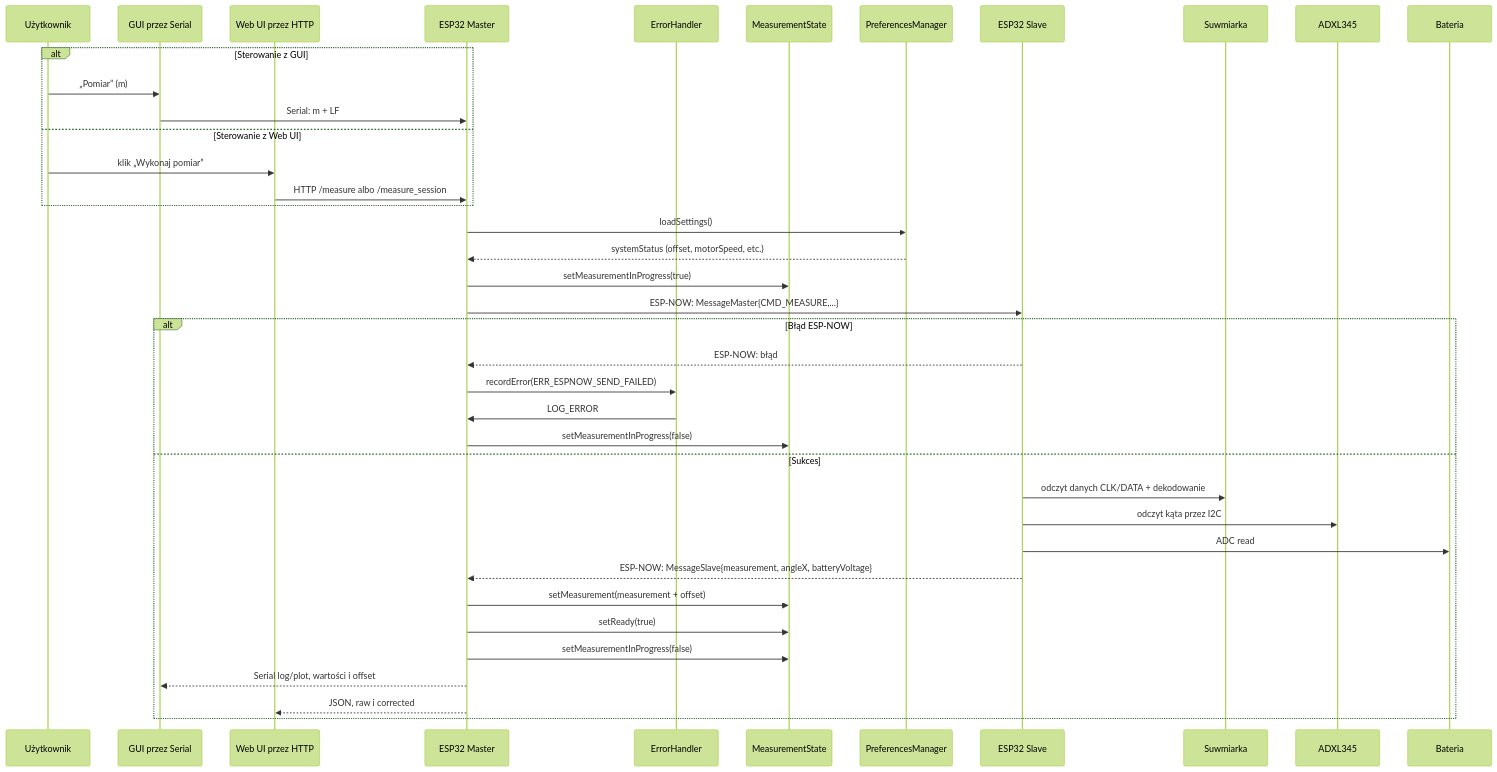
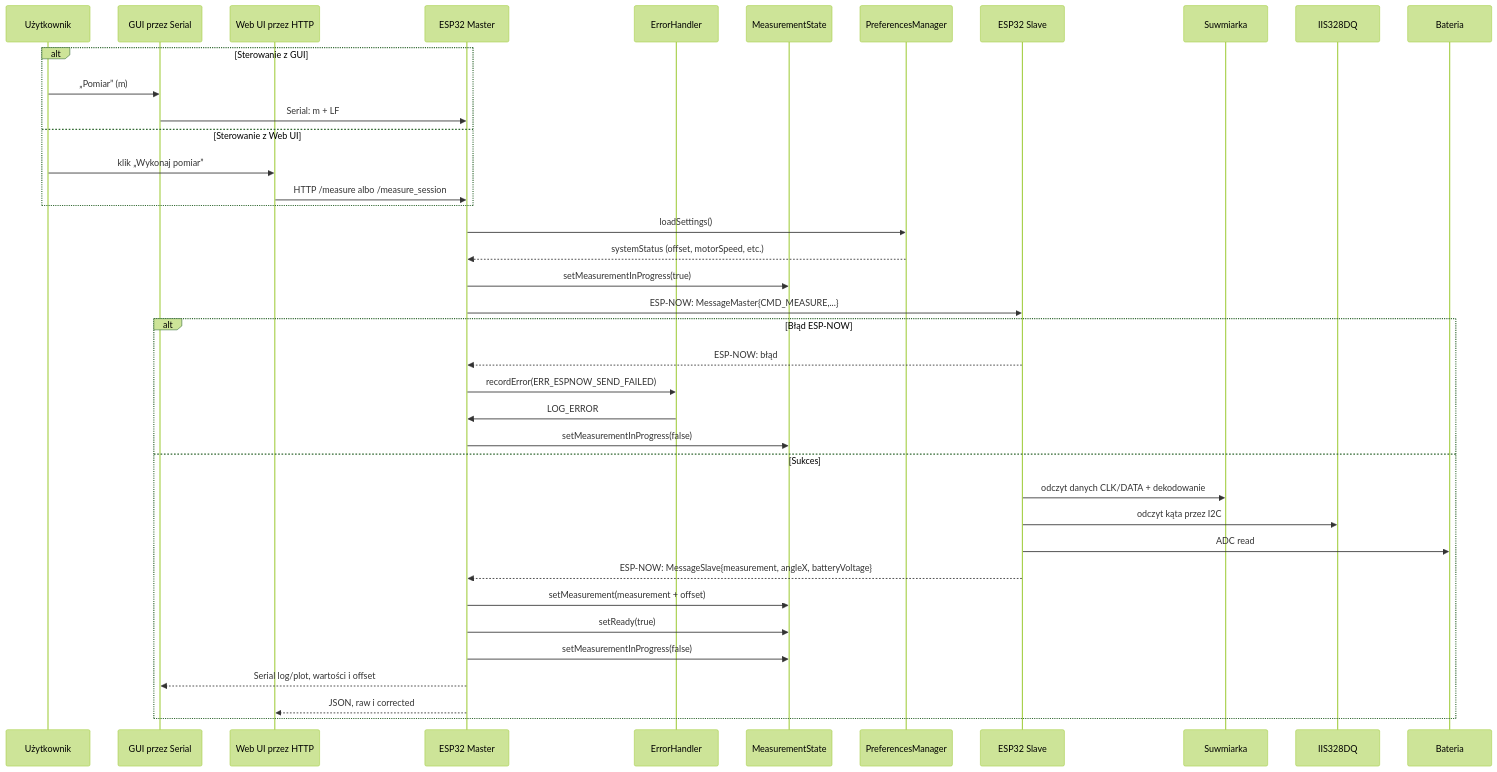
Before and after one commit to ciupakt/caliper: the second of 3 diagrams in README.md, drawn with Mermaid (forest theme). The commit also changed other lines of this file and 9 other files, not shown here.

````diff
--- a/README.md
+++ b/README.md
@@ -124,47 +124,47 @@
 ```mermaid
 sequenceDiagram
     participant U as Użytkownik
     participant GUI as GUI przez Serial
     participant WEB as Web UI przez HTTP
     participant M as ESP32 Master
     participant EH as ErrorHandler
     participant MS as MeasurementState
     participant PM as PreferencesManager
     participant S as ESP32 Slave
     participant CAL as Suwmiarka
-    participant ACC as ADXL345
+    participant ACC as IIS328DQ
     participant BAT as Bateria
 
     alt Sterowanie z GUI
         U->>GUI: „Pomiar” (m)
         GUI->>M: Serial: m + LF
     else Sterowanie z Web UI
         U->>WEB: klik „Wykonaj pomiar”
         WEB->>M: HTTP /measure albo /measure_session
     end
 
     M->>PM: loadSettings()
     PM-->>M: systemStatus (offset, motorSpeed, etc.)
     
     M->>MS: setMeasurementInProgress(true)
     M->>S: ESP-NOW: MessageMaster{CMD_MEASURE,...}
     
     alt Błąd ESP-NOW
         S-->>M: ESP-NOW: błąd
         M->>EH: recordError(ERR_ESPNOW_SEND_FAILED)
         EH->>M: LOG_ERROR
         M->>MS: setMeasurementInProgress(false)
     else Sukces
         S->>CAL: odczyt danych CLK/DATA + dekodowanie
         S->>ACC: odczyt kąta przez I2C
         S->>BAT: ADC read
         S-->>M: ESP-NOW: MessageSlave{measurement, angleX, batteryVoltage}
         
         M->>MS: setMeasurement(measurement + offset)
         M->>MS: setReady(true)
         M->>MS: setMeasurementInProgress(false)
         
         M-->>GUI: Serial log/plot, wartości i offset
         M-->>WEB: JSON, raw i corrected
     end
 ```
````
